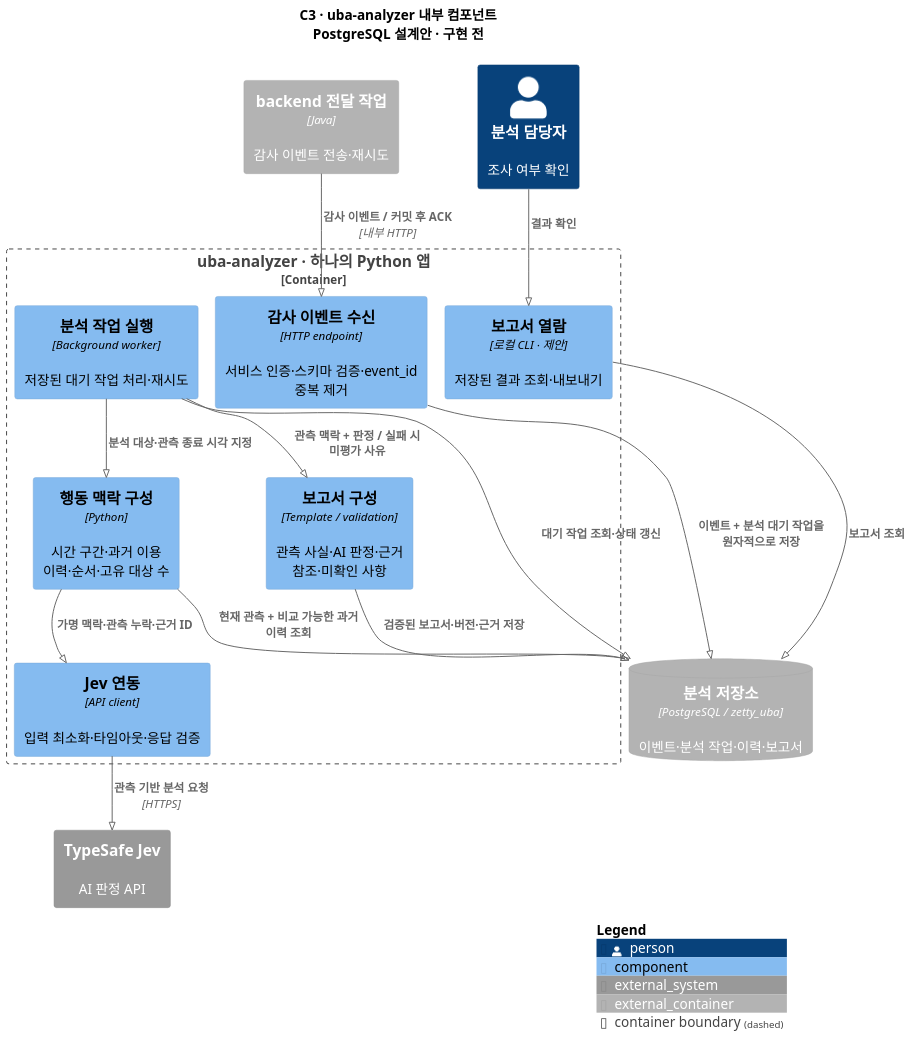
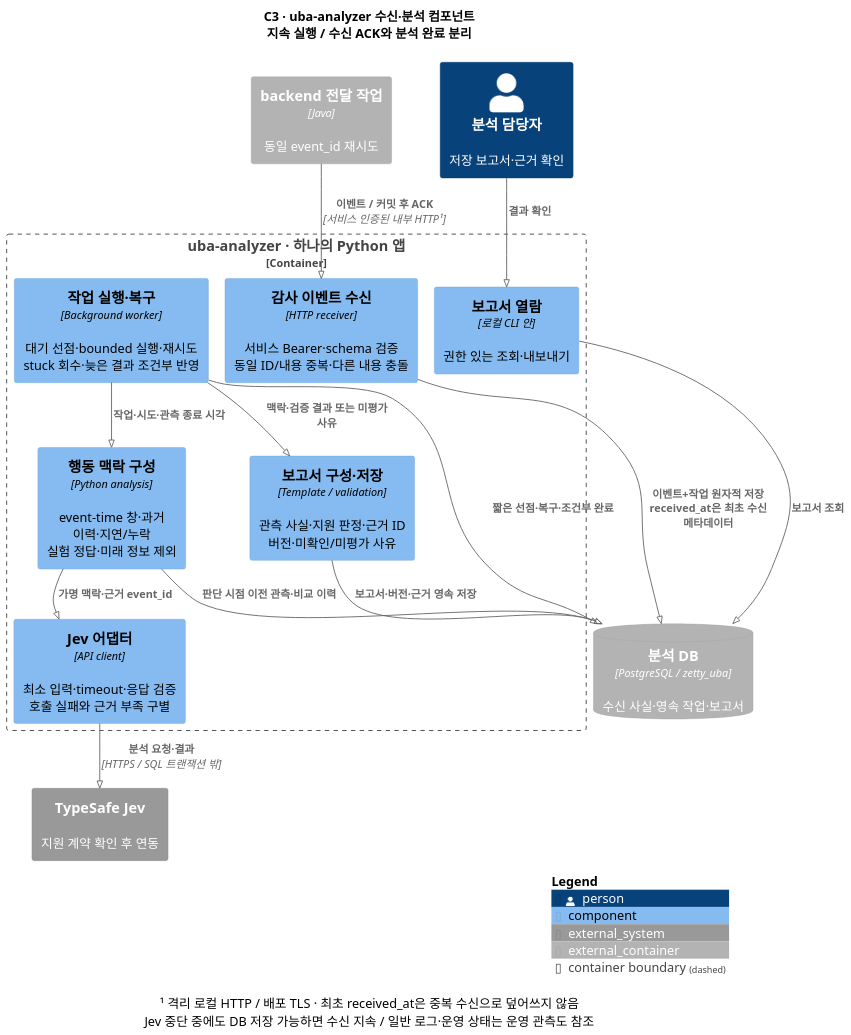
One commit to ZETTY-ZEROTRUST/backend changed the diagram in docs/architecture/session-backend-c4/c3-uba.puml. Above: the diagram before and after it, drawn with PlantUML. The commit also changed 28 other files, not shown here.

Commit message:
docs(architecture): 세션 백엔드와 UBA C4 설계 갱신

```diff
--- a/docs/architecture/session-backend-c4/c3-uba.puml
+++ b/docs/architecture/session-backend-c4/c3-uba.puml
@@ -1,37 +1,36 @@
 @startuml
 !pragma layout smetana
 skinparam defaultFontName "Apple SD Gothic Neo"
 skinparam defaultFontSize 14
 skinparam backgroundColor #FFFFFF
 skinparam shadowing false
-skinparam dpi 150
+skinparam dpi 140
 !include <C4/C4_Component>
 LAYOUT_TOP_DOWN()
-title C3 · uba-analyzer 내부 컴포넌트\nPostgreSQL 설계안 · 구현 전
-
-Container_Ext(backend, "backend 전달 작업", "Java", "감사 이벤트 전송·재시도")
-System_Ext(jev, "TypeSafe Jev", "AI 판정 API")
-Person(analyst, "분석 담당자", "조사 여부 확인")
-ContainerDb_Ext(store, "분석 저장소", "PostgreSQL / zetty_uba", "이벤트·분석 작업·이력·보고서")
+title C3 · uba-analyzer 수신·분석 컴포넌트\n지속 실행 / 수신 ACK와 분석 완료 분리
+Container_Ext(backend, "backend 전달 작업", "Java", "동일 event_id 재시도")
+System_Ext(jev, "TypeSafe Jev", "지원 계약 확인 후 연동")
+Person(analyst, "분석 담당자", "저장 보고서·근거 확인")
+ContainerDb_Ext(store, "분석 DB", "PostgreSQL / zetty_uba", "수신 사실·영속 작업·보고서")
 Container_Boundary(u, "uba-analyzer · 하나의 Python 앱") {
- Component(receiver, "감사 이벤트 수신", "HTTP endpoint", "서비스 인증·스키마 검증·event_id 중복 제거")
- Component(worker, "분석 작업 실행", "Background worker", "저장된 대기 작업 처리·재시도")
- Component(context, "행동 맥락 구성", "Python", "시간 구간·과거 이용 이력·순서·고유 대상 수")
- Component(client, "Jev 연동", "API client", "입력 최소화·타임아웃·응답 검증")
- Component(report, "보고서 구성", "Template / validation", "관측 사실·AI 판정·근거 참조·미확인 사항")
- Component(reader, "보고서 열람", "로컬 CLI · 제안", "저장된 결과 조회·내보내기")
+ Component(receiver, "감사 이벤트 수신", "HTTP receiver", "서비스 Bearer·schema 검증\n동일 ID/내용 중복·다른 내용 충돌")
+ Component(worker, "작업 실행·복구", "Background worker", "대기 선점·bounded 실행·재시도\nstuck 회수·늦은 결과 조건부 반영")
+ Component(context, "행동 맥락 구성", "Python analysis", "event-time 창·과거 이력·지연/누락\n실험 정답·미래 정보 제외")
+ Component(client, "Jev 어댑터", "API client", "최소 입력·timeout·응답 검증\n호출 실패와 근거 부족 구별")
+ Component(report, "보고서 구성·저장", "Template / validation", "관측 사실·지원 판정·근거 ID\n버전·미확인/미평가 사유")
+ Component(reader, "보고서 열람", "로컬 CLI 안", "권한 있는 조회·내보내기")
 }
-Rel(backend, receiver, "감사 이벤트 / 커밋 후 ACK", "내부 HTTP")
-Rel(receiver, store, "이벤트 + 분석 대기 작업을 원자적으로 저장")
-Rel(worker, store, "대기 작업 조회·상태 갱신")
-Rel(worker, context, "분석 대상·관측 종료 시각 지정")
-Rel(context, store, "현재 관측 + 비교 가능한 과거 이력 조회")
-Rel(context, client, "가명 맥락·관측 누락·근거 ID")
-Rel(client, jev, "관측 기반 분석 요청", "HTTPS")
-Rel(worker, report, "관측 맥락 + 판정 / 실패 시 미평가 사유")
-Rel(report, store, "검증된 보고서·버전·근거 저장")
+Rel(backend, receiver, "이벤트 / 커밋 후 ACK", "서비스 인증된 내부 HTTP¹")
+Rel(receiver, store, "이벤트+작업 원자적 저장\nreceived_at은 최초 수신 메타데이터")
+Rel(worker, store, "짧은 선점·복구·조건부 완료")
+Rel(worker, context, "작업·시도·관측 종료 시각")
+Rel(context, store, "판단 시점 이전 관측·비교 이력")
+Rel(context, client, "가명 맥락·근거 event_id")
+Rel(client, jev, "분석 요청·결과", "HTTPS / SQL 트랜잭션 밖")
+Rel(worker, report, "맥락·검증 결과 또는 미평가 사유")
+Rel(report, store, "보고서·버전·근거 영속 저장")
 Rel(analyst, reader, "결과 확인")
 Rel(reader, store, "보고서 조회")
-
+caption ¹ 격리 로컬 HTTP / 배포 TLS · 최초 received_at은 중복 수신으로 덮어쓰지 않음\nJev 중단 중에도 DB 저장 가능하면 수신 지속 / 일반 로그·운영 상태는 운영 관측도 참조
 SHOW_LEGEND()
 @enduml
```
